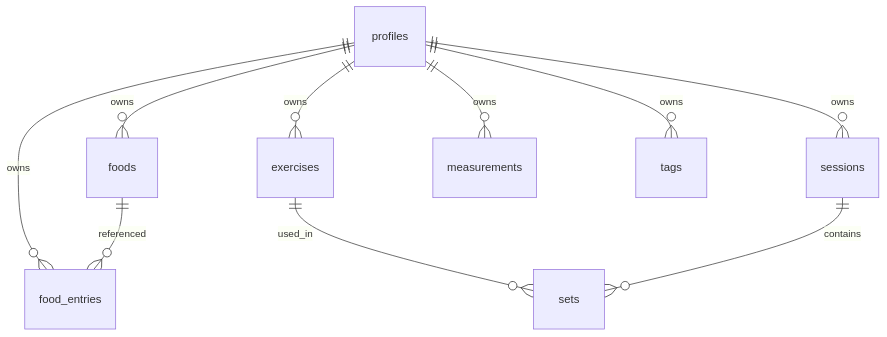
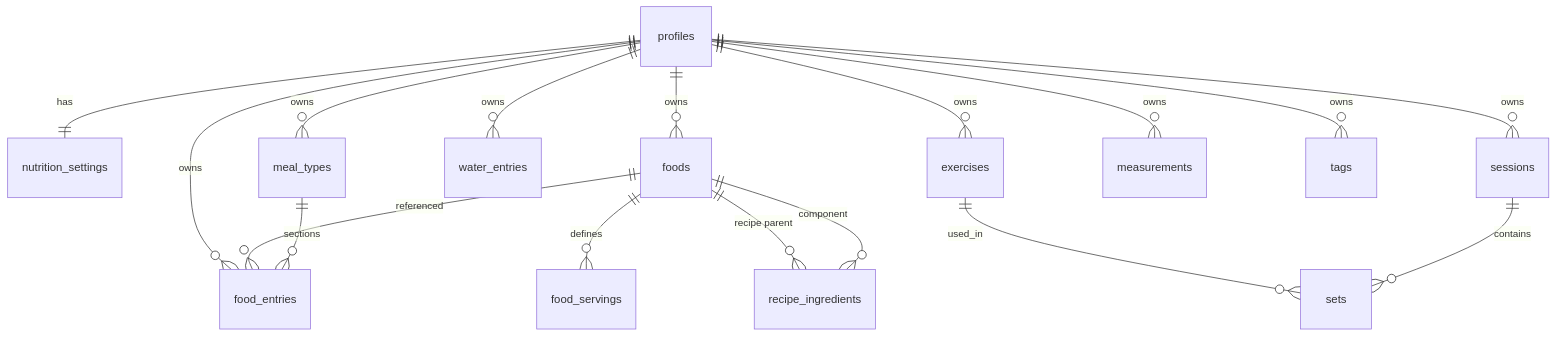
The diagram in docs/domain/data-model.md (MarekBiolik/GymManager), drawn with Mermaid before and after one commit. The commit also changed other lines of this file and 8 other files, not shown here.

````diff
--- a/docs/domain/data-model.md
+++ b/docs/domain/data-model.md
@@ -9,12 +9,19 @@
 ```mermaid
 erDiagram
+  profiles ||--|| nutrition_settings : has
+  profiles ||--o{ meal_types : owns
   profiles ||--o{ foods : owns
+  foods ||--o{ food_servings : defines
+  foods ||--o{ recipe_ingredients : "recipe parent"
+  foods ||--o{ recipe_ingredients : "component"
   profiles ||--o{ food_entries : owns
+  foods ||--o{ food_entries : referenced
+  meal_types ||--o{ food_entries : sections
+  profiles ||--o{ water_entries : owns
   profiles ||--o{ exercises : owns
   profiles ||--o{ sessions : owns
   profiles ||--o{ measurements : owns
-  foods ||--o{ food_entries : referenced
   exercises ||--o{ sets : used_in
   sessions ||--o{ sets : contains
   profiles ||--o{ tags : owns
 ```
````
